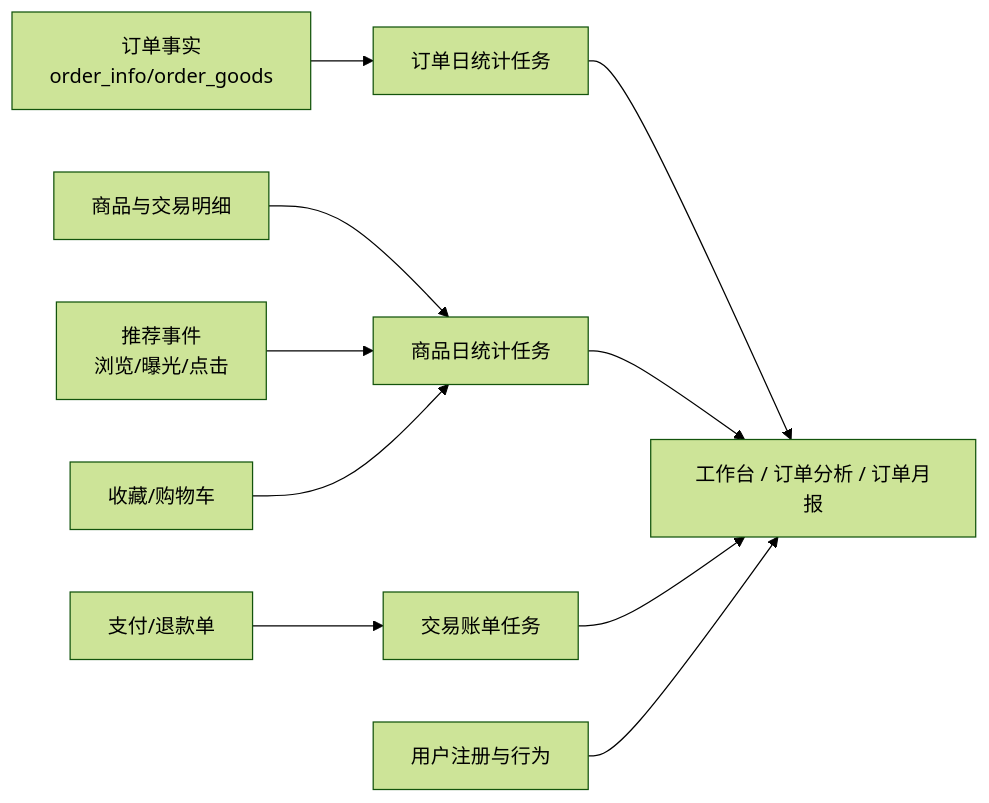
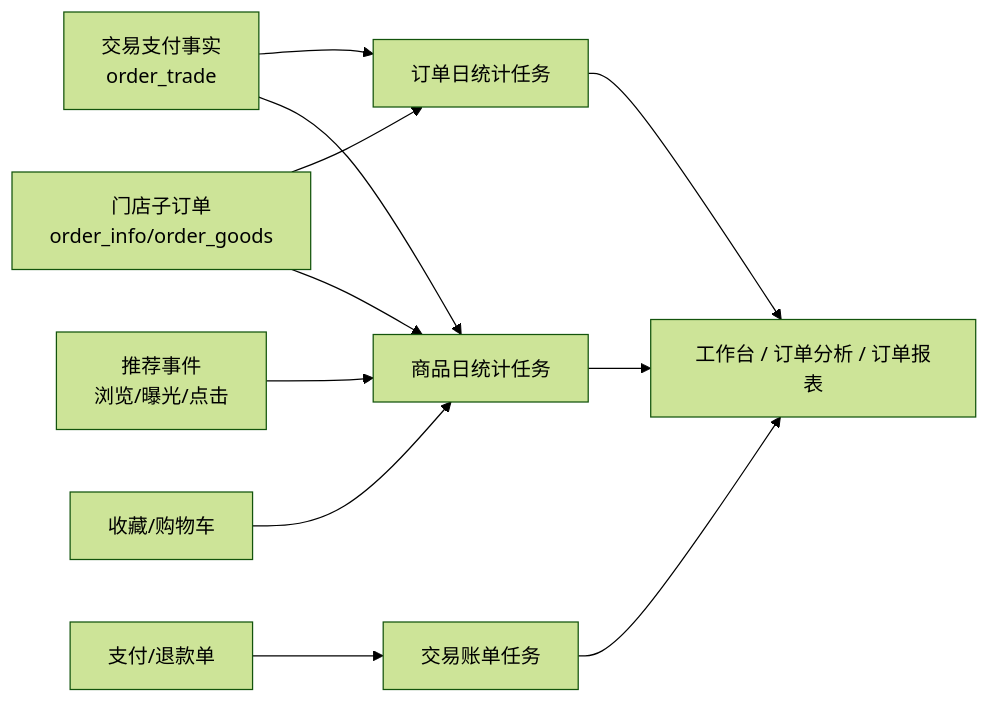
One commit to liujitcn/shop changed the diagram in docs/统计数据流转设计.md. Above: the diagram before and after it, drawn with Mermaid (forest theme). The commit also changed other lines of this file and 94 other files, not shown here.

````diff
--- a/docs/统计数据流转设计.md
+++ b/docs/统计数据流转设计.md
@@ -11,12 +9,13 @@
 ```mermaid
 flowchart LR
-  Order["订单事实\norder_info/order_goods"] --> OrderStat["订单日统计任务"]
-  Goods["商品与交易明细"] --> GoodsStat["商品日统计任务"]
+  Trade["交易支付事实\norder_trade"] --> OrderStat["订单日统计任务"]
+  Order["门店子订单\norder_info/order_goods"] --> OrderStat
+  Order --> GoodsStat["商品日统计任务"]
+  Trade --> GoodsStat
   Event["推荐事件\n浏览/曝光/点击"] --> GoodsStat
   CollectCart["收藏/购物车"] --> GoodsStat
   Pay["支付/退款单"] --> Bill["交易账单任务"]
-  OrderStat --> Admin["工作台 / 订单分析 / 订单月报"]
+  OrderStat --> Admin["工作台 / 订单分析 / 订单报表"]
   GoodsStat --> Admin
   Bill --> Admin
-  User["用户注册与行为"] --> Admin
 ```
````
